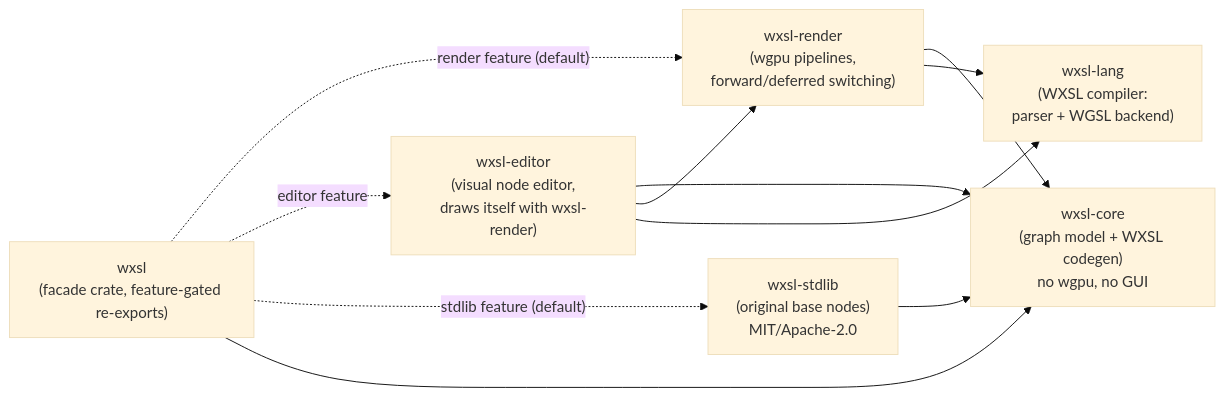
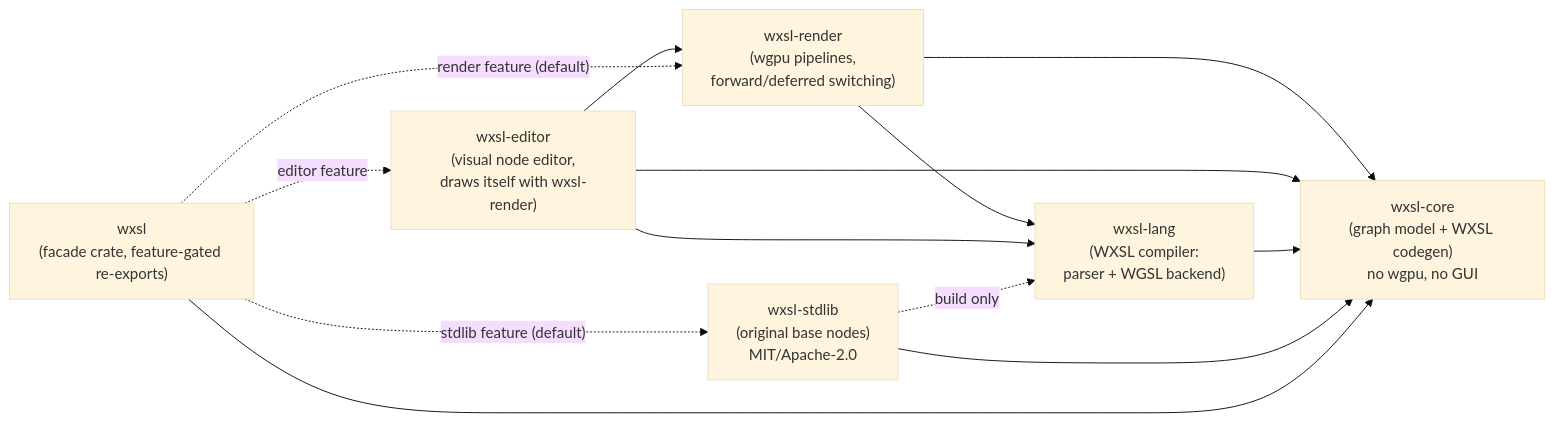
The first of 2 diagrams in docs/architecture.md (lapiequichante/wesloom), drawn with Mermaid (base theme) before and after one commit. The commit also changed other lines of this file and 43 other files, not shown here.

````diff
--- a/docs/architecture.md
+++ b/docs/architecture.md
@@ -20,20 +20,22 @@
 ```mermaid
 graph LR
     core["wxsl-core<br/>(graph model + WXSL codegen)<br/>no wgpu, no GUI"]
     lang["wxsl-lang<br/>(WXSL compiler:<br/>parser + WGSL backend)"]
     render["wxsl-render<br/>(wgpu pipelines,<br/>forward/deferred switching)"]
     editor["wxsl-editor<br/>(visual node editor,<br/>draws itself with wxsl-render)"]
     stdlib["wxsl-stdlib<br/>(original base nodes)<br/>MIT/Apache-2.0"]
     facade["wxsl<br/>(facade crate, feature-gated re-exports)"]
 
     render --> core
     render --> lang
     editor --> core
     editor --> render
     editor --> lang
+    lang --> core
     stdlib --> core
+    stdlib -. "build only" .-> lang
     facade -. "render feature (default)" .-> render
     facade -. "editor feature" .-> editor
     facade -. "stdlib feature (default)" .-> stdlib
     facade --> core
 ```
````
